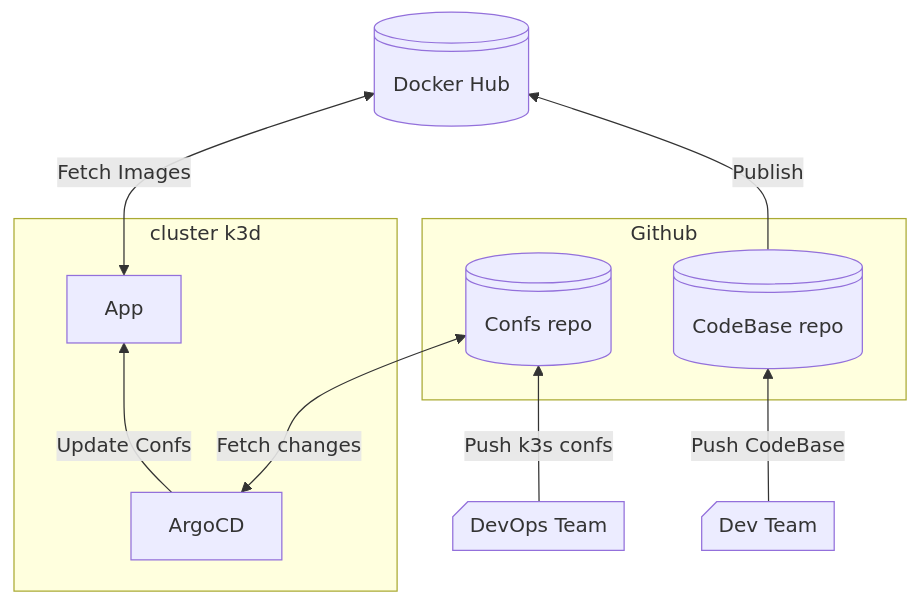
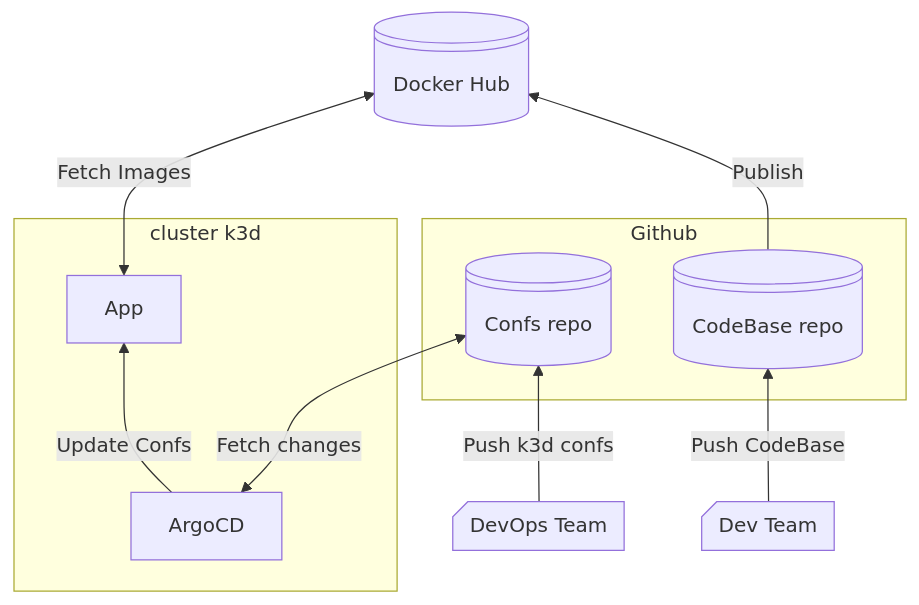
One commit to Papaquerette/Inception-of-Things changed the diagram in p3/README.md. Above: the diagram before and after it, drawn with Mermaid.

````diff
--- a/p3/README.md
+++ b/p3/README.md
@@ -12,21 +12,21 @@
 ```mermaid
 flowchart BT
     dockerhub@{ shape: lin-cyl, label: "Docker Hub" }
     devteam@{ shape: notch-rect, label: "Dev Team" }
     devopsteam@{ shape: notch-rect, label: "DevOps Team" }
     subgraph Github
         confs@{ shape: lin-cyl, label: "Confs repo" }
         codebase@{ shape: lin-cyl, label: "CodeBase repo" }
     end
     subgraph cluster k3d
         dev[App]
         argocd[ArgoCD]
     end
 
     devteam -- Push CodeBase --> codebase
-    devopsteam -- Push k3s confs --> confs
+    devopsteam -- Push k3d confs --> confs
     codebase -- Publish --> dockerhub
     argocd <-- Fetch changes --> confs
     argocd -- Update Confs --> dev
     dev <-- Fetch Images --> dockerhub
 ```
````
